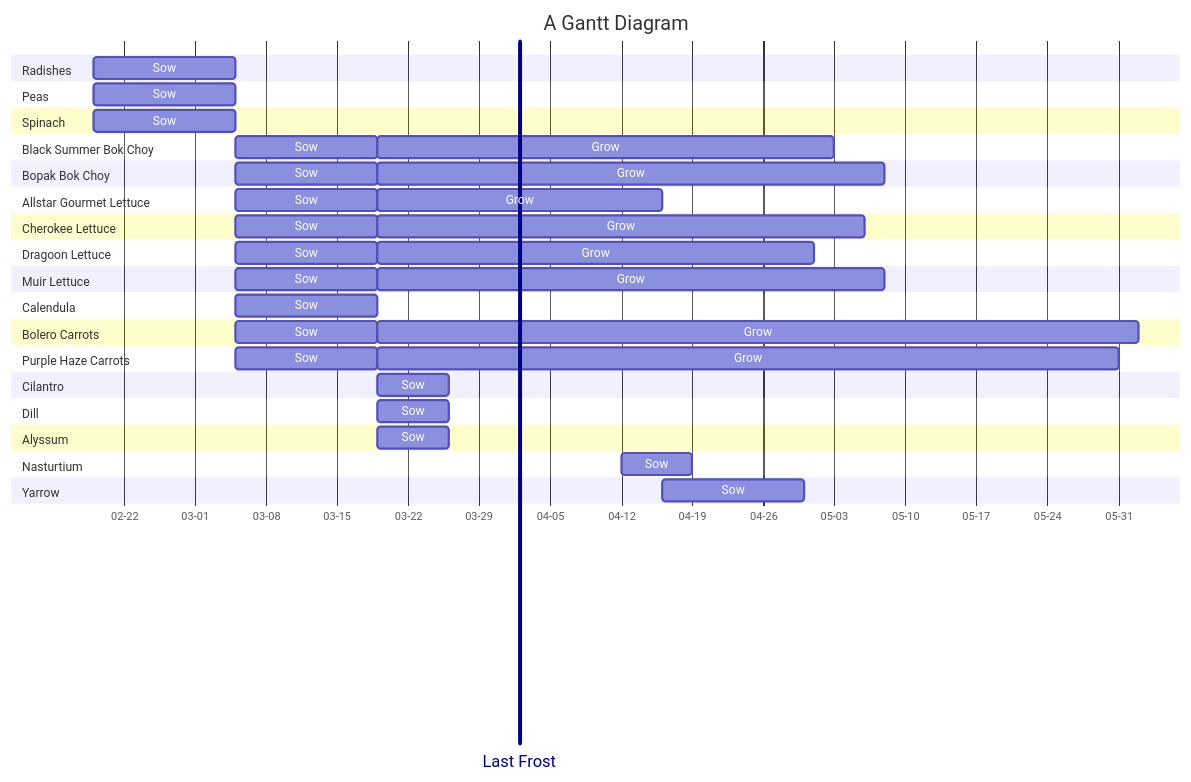
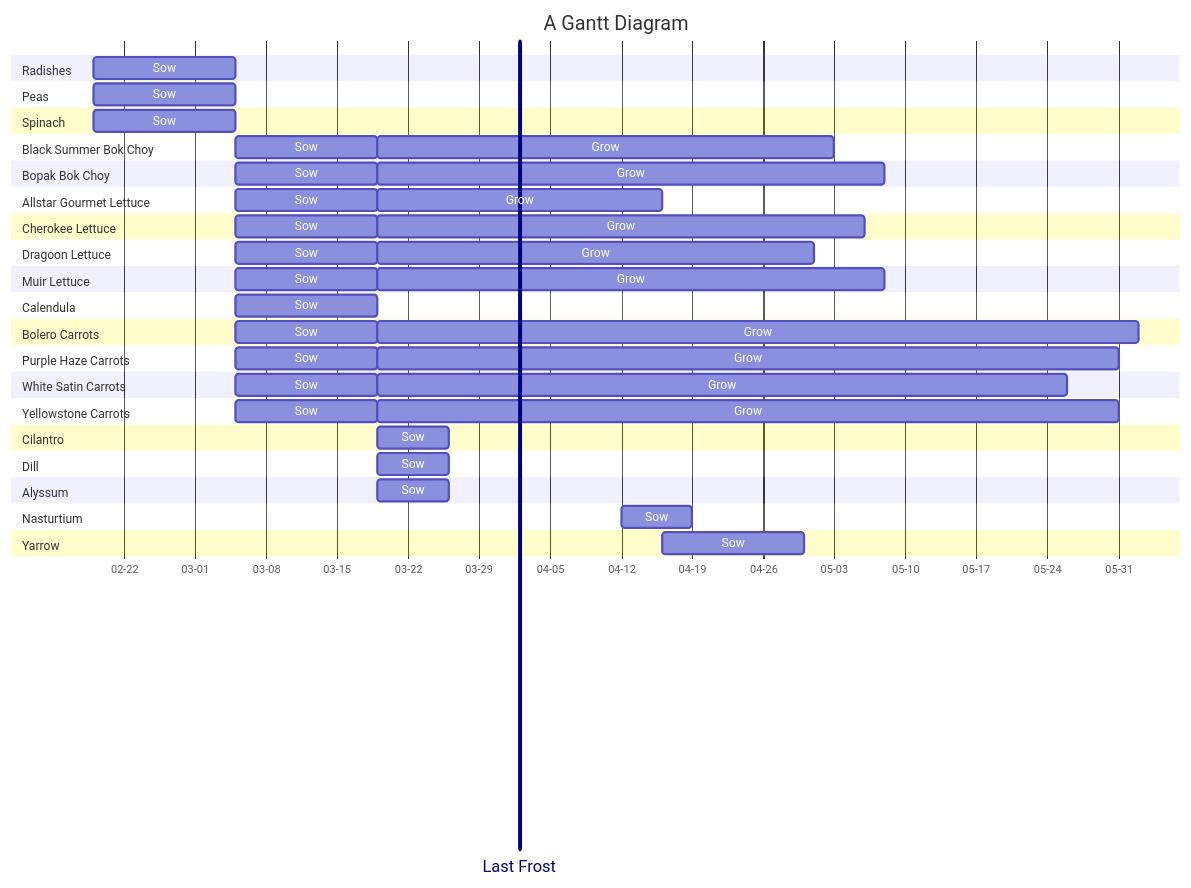
Before and after one commit to bjenning04/foam: the diagram in 2026-planting-schedule.md, drawn with Mermaid.

Commit message:
Feb 21, 2026, 9:07 PM

````diff
--- a/2026-planting-schedule.md
+++ b/2026-planting-schedule.md
@@ -3,52 +3,58 @@
 ```mermaid
 ---
 displayMode: compact
 ---
 gantt
     title A Gantt Diagram
     dateFormat YYYY-MM-DD
     axisFormat %m-%d
     Last Frost: vert, v1, 2026-04-02,
     Section Radishes
         Sow: 2026-02-19, 14d
     Section Peas
         Sow: 2026-02-19, 14d
     Section Spinach
         Sow: 2026-02-19, 14d
     Section Black Summer Bok Choy
         Sow: 2026-03-05, 14d
         Grow: 2026-03-19, 45d
     Section Bopak Bok Choy
         Sow: 2026-03-05, 14d
         Grow: 2026-03-19, 50d
     Section Allstar Gourmet Lettuce
         Sow: 2026-03-05, 14d
         Grow: 2026-03-19, 28d
     Section Cherokee Lettuce
         Sow: 2026-03-05, 14d
         Grow: 2026-03-19, 48d
     Section Dragoon Lettuce
         Sow: 2026-03-05, 14d
         Grow: 2026-03-19, 43d
     Section Muir Lettuce
         Sow: 2026-03-05, 14d
         Grow: 2026-03-19, 50d
     Section Calendula
         Sow: 2026-03-05, 14d
     Section Bolero Carrots
         Sow: 2026-03-05, 14d
         Grow: 2026-03-19, 75d
     Section Purple Haze Carrots
         Sow: 2026-03-05, 14d
         Grow: 2026-03-19, 73d
+    Section White Satin Carrots
+        Sow: 2026-03-05, 14d
+        Grow: 2026-03-19, 68d
+    Section Yellowstone Carrots
+        Sow: 2026-03-05, 14d
+        Grow: 2026-03-19, 73d
     Section Cilantro
         Sow: 2026-03-19, 7d
     Section Dill
         Sow: 2026-03-19, 7d
     Section Alyssum
         Sow: 2026-03-19, 7d
     Section Nasturtium
         Sow: 2026-04-12, 7d
     Section Yarrow
         Sow: 2026-04-16, 14d
 ```
````
